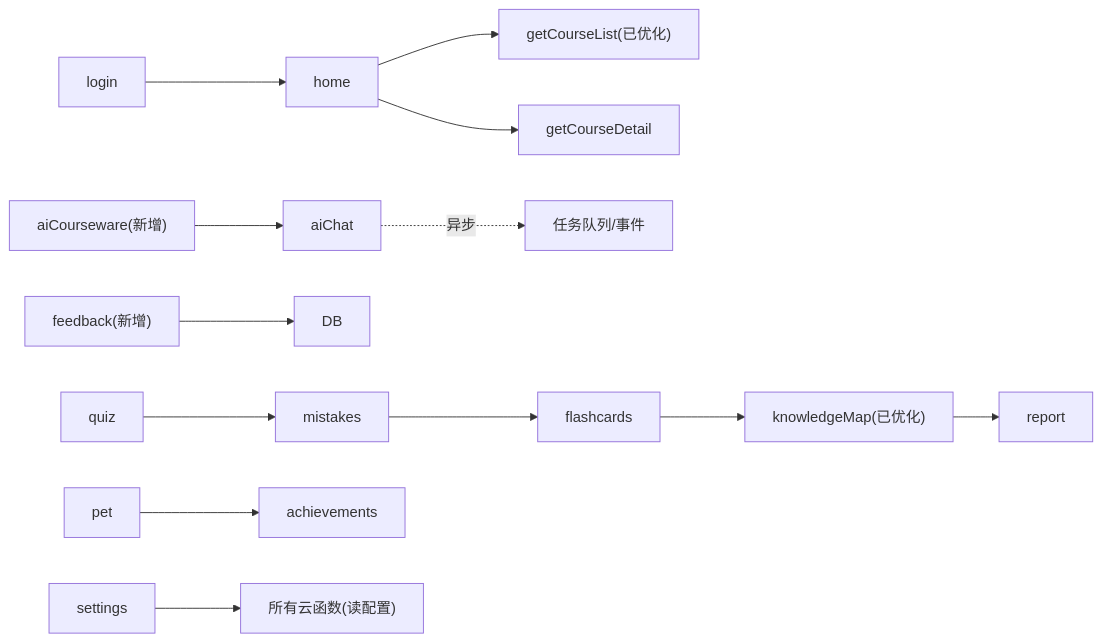
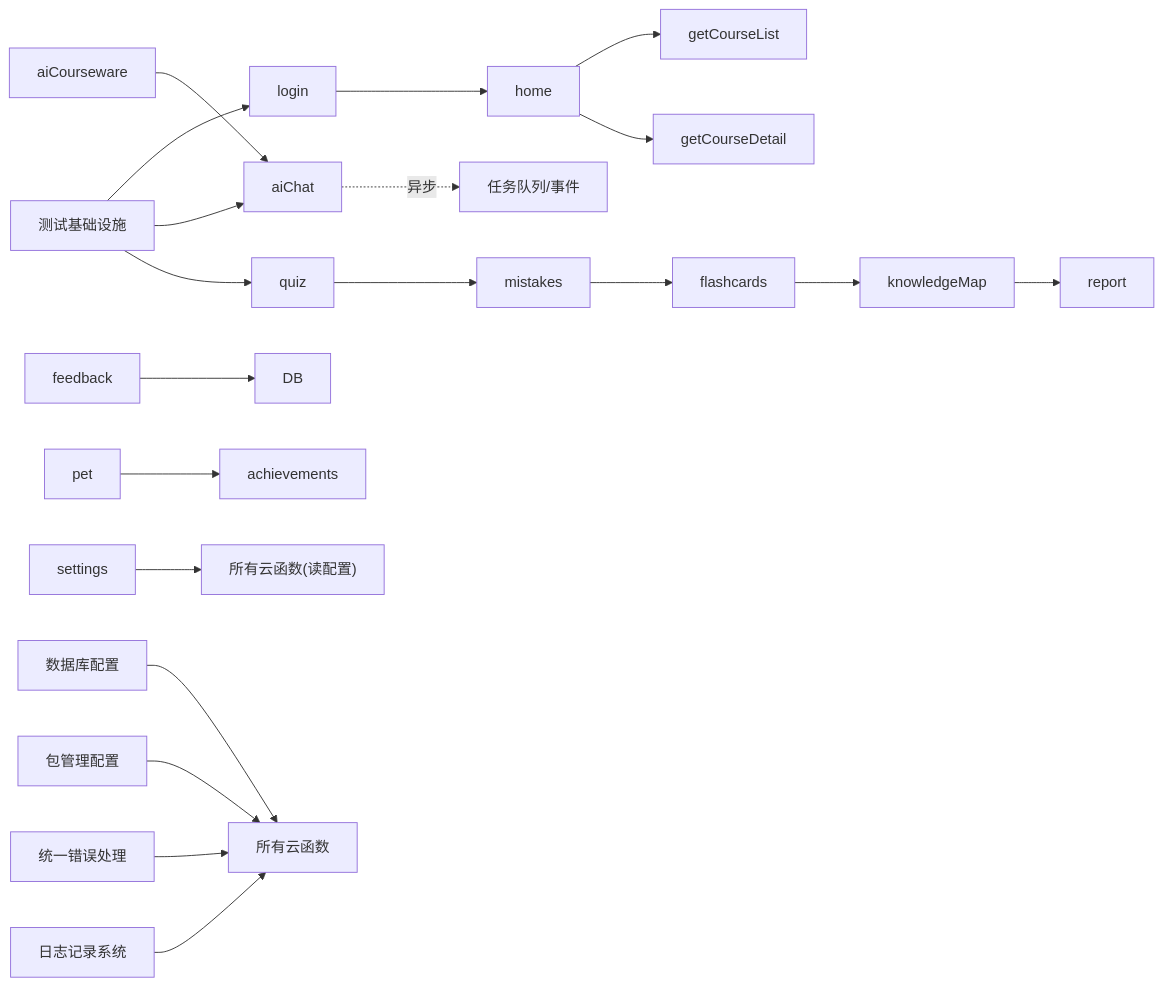
One commit to cwb7756/bio changed diagram 12 of 12 in .qoder/repowiki/zh/content/架构设计/后端架构设计/云函数架构设计.md. Above: the diagram before and after it, drawn with Mermaid. The commit also changed other lines of this file and 45 other files, not shown here.

````diff
--- a/.qoder/repowiki/zh/content/架构设计/后端架构设计/云函数架构设计.md
+++ b/.qoder/repowiki/zh/content/架构设计/后端架构设计/云函数架构设计.md
@@ -441,15 +606,22 @@
 ```mermaid
 graph LR
 LOGIN["login"] --> HOME["home"]
-HOME --> GET_LIST["getCourseList(已优化)"]
+HOME --> GET_LIST["getCourseList"]
 HOME --> GET_DETAIL["getCourseDetail"]
 AI["aiChat"] -.->|异步| QUEUE["任务队列/事件"]
-AICOURSEWARE["aiCourseware(新增)"] --> AI
-FEEDBACK["feedback(新增)"] --> DB
+AICOURSEWARE["aiCourseware"] --> AI
+FEEDBACK["feedback"] --> DB
 QUIZ["quiz"] --> MISTAKES["mistakes"]
 MISTAKES --> FLASH["flashcards"]
-FLASH --> KMAP["knowledgeMap(已优化)"]
+FLASH --> KMAP["knowledgeMap"]
 KMAP --> REPORT["report"]
 PET["pet"] --> ACH["achievements"]
 SETTINGS["settings"] --> ALL["所有云函数(读配置)"]
+TEST_INFRA["测试基础设施"] --> LOGIN
+TEST_INFRA --> AI
+TEST_INFRA --> QUIZ
+DB_CONFIG["数据库配置"] --> ALL_CFS["所有云函数"]
+PKG_MGMT["包管理配置"] --> ALL_CFS
+ERROR_HANDLING["统一错误处理"] --> ALL_CFS
+LOGGING["日志记录系统"] --> ALL_CFS
 ```
````
